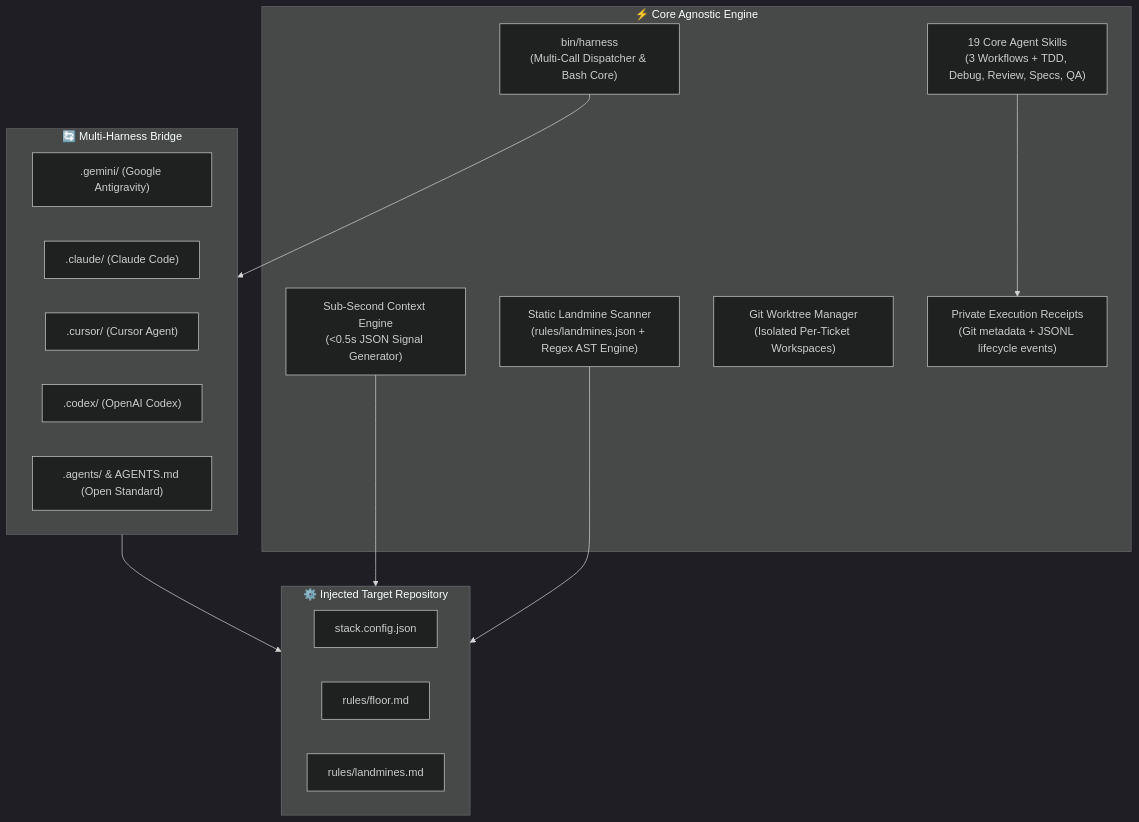
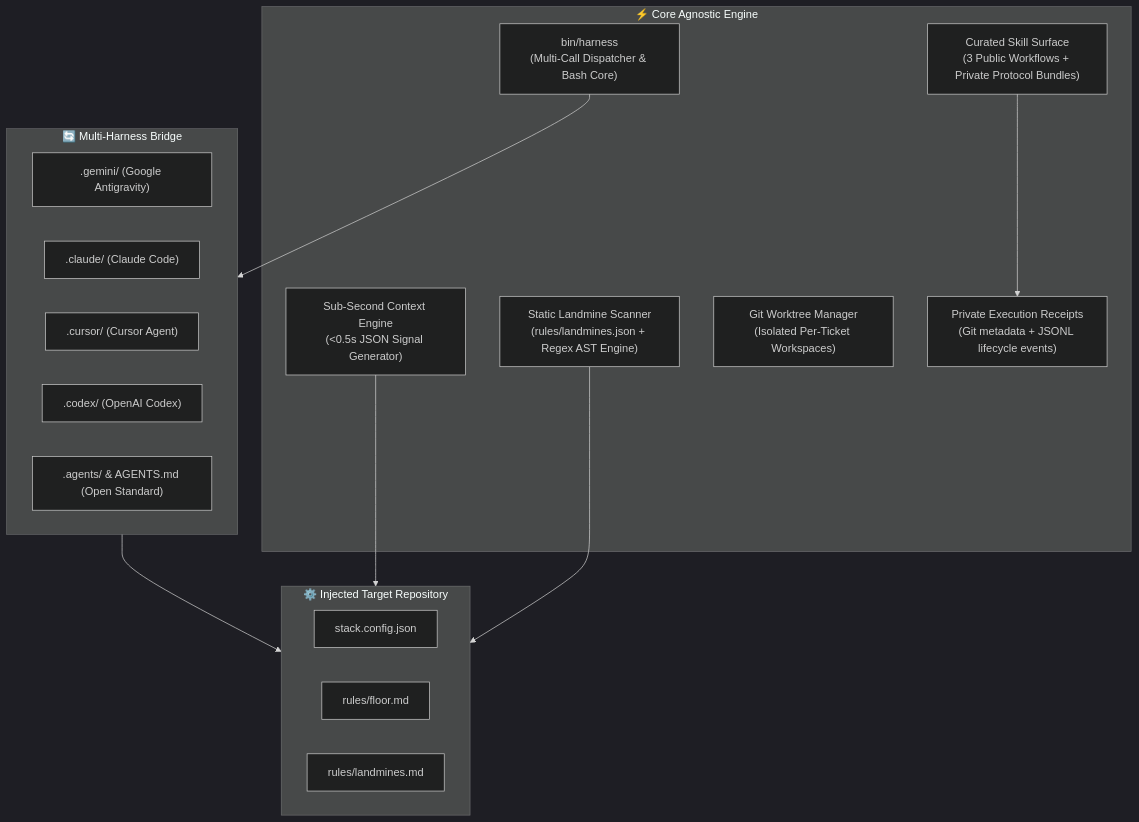
One commit to ahmontero/agent-harness changed the diagram in docs/ARCHITECTURE.md. Above: the diagram before and after it, drawn with Mermaid (dark theme). The commit also changed other lines of this file and 9 other files, not shown here.

Commit message:
feat: curate public skill surface

````diff
--- a/docs/ARCHITECTURE.md
+++ b/docs/ARCHITECTURE.md
@@ -9,31 +9,31 @@
 ```mermaid
 flowchart TD
     subgraph Engine["⚡ Core Agnostic Engine"]
         CLI["bin/harness<br>(Multi-Call Dispatcher & Bash Core)"]
         Scanner["Static Landmine Scanner<br>(rules/landmines.json + Regex AST Engine)"]
         Context["Sub-Second Context Engine<br>(<0.5s JSON Signal Generator)"]
         Worktree["Git Worktree Manager<br>(Isolated Per-Ticket Workspaces)"]
         Receipts["Private Execution Receipts<br>(Git metadata + JSONL lifecycle events)"]
-        Skills["19 Core Agent Skills<br>(3 Workflows + TDD, Debug, Review, Specs, QA)"]
+        Skills["Curated Skill Surface<br>(3 Public Workflows + Private Protocol Bundles)"]
     end
 
     subgraph Federation["🔄 Multi-Harness Bridge"]
         Gemini[".gemini/ (Google Antigravity)"]
         Claude[".claude/ (Claude Code)"]
         Cursor[".cursor/ (Cursor Agent)"]
         Codex[".codex/ (OpenAI Codex)"]
         Agents[".agents/ & AGENTS.md (Open Standard)"]
     end
 
     subgraph ProjectSpace["⚙️ Injected Target Repository"]
         Config["stack.config.json"]
         Floor["rules/floor.md"]
         Landmines["rules/landmines.md"]
     end
 
     CLI --> Federation
     Federation --> ProjectSpace
     Context --> ProjectSpace
     Scanner --> ProjectSpace
     Skills --> Receipts
 ```
````
